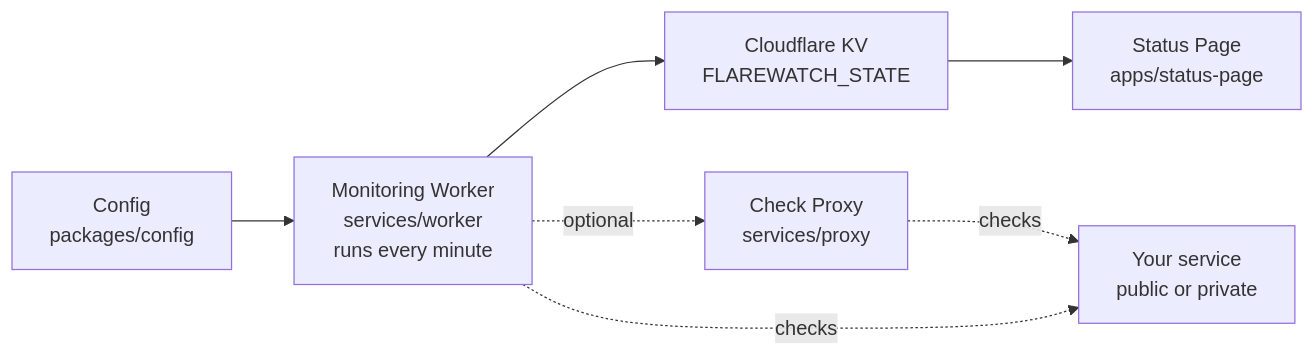
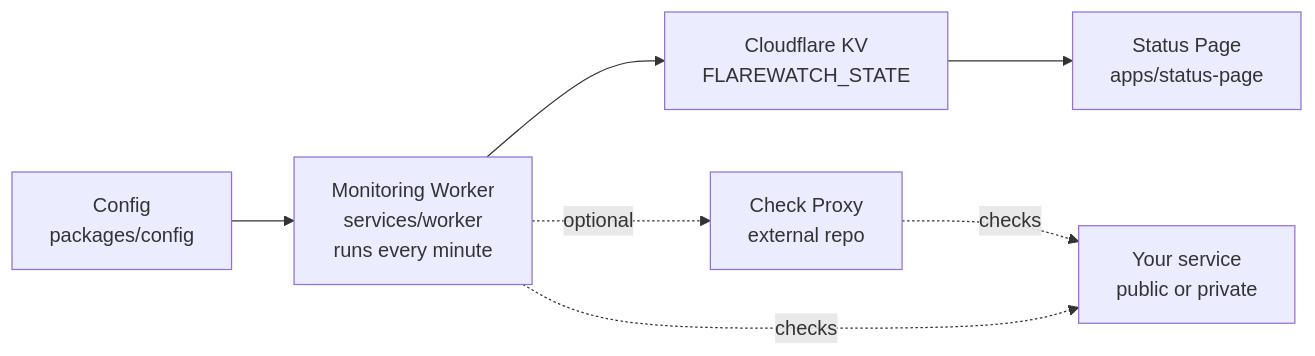
The diagram in README.md (saminnet/flarewatch), drawn with Mermaid before and after one commit. The commit also changed other lines of this file and 37 other files, not shown here.

````diff
--- a/README.md
+++ b/README.md
@@ -28,10 +30,10 @@
 ```mermaid
 flowchart LR
   Config["Config<br/>packages/config"] --> Worker["Monitoring Worker<br/>services/worker<br/>runs every minute"]
   Worker --> KV["Cloudflare KV<br/>FLAREWATCH_STATE"]
   KV --> Page["Status Page<br/>apps/status-page"]
 
-  Worker -. optional .-> Proxy["Check Proxy<br/>services/proxy"]
+  Worker -. optional .-> Proxy["Check Proxy<br/>external repo"]
   Proxy -. checks .-> Target["Your service<br/>public or private"]
   Worker -. checks .-> Target
 ```
````
